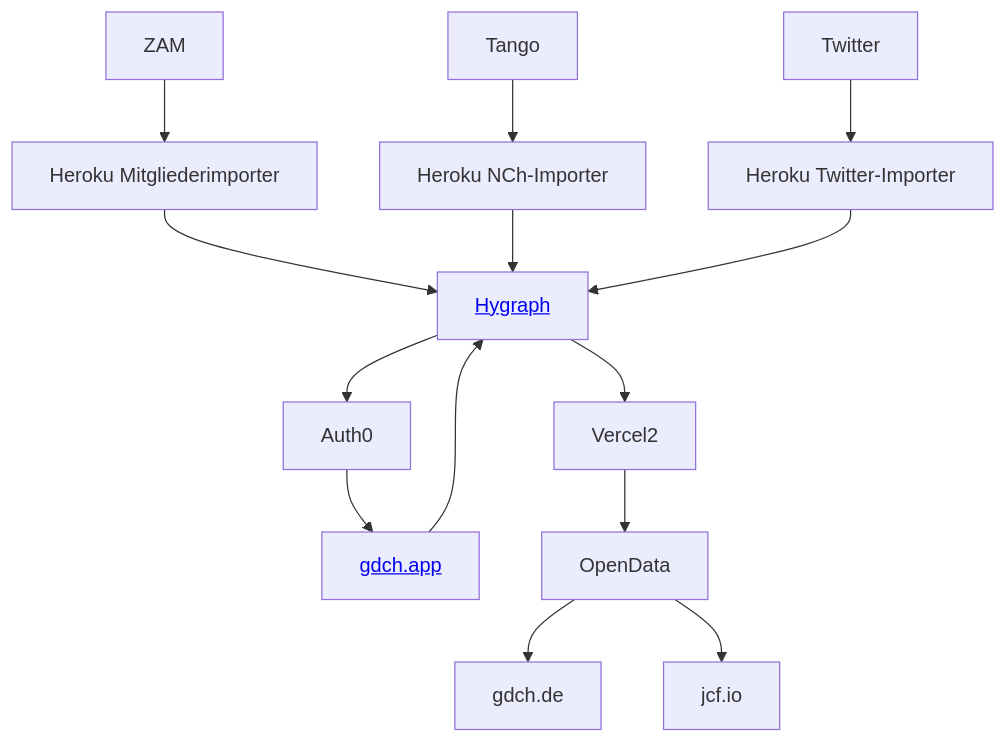
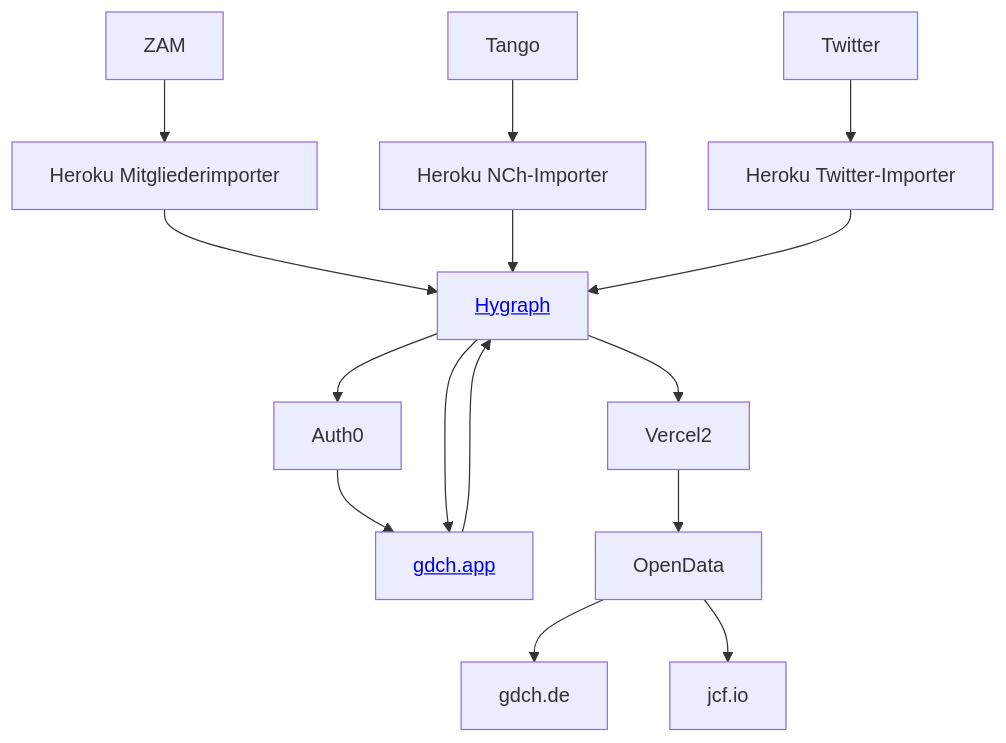
The diagram in infrastructure.md (GDCh-de/docs), drawn with Mermaid before and after one commit.

````diff
--- a/infrastructure.md
+++ b/infrastructure.md
@@ -3,9 +3,9 @@
 ```mermaid
 graph TD;
-  Hygraph[<a href='/GDCh-de/docs/blob/main/hygraph.md'>Hygraph</a>] --> Auth0 --> App[<a href='https://gdch.app'>gdch.app</a>] --> Hygraph;
+  Hygraph[<a href='/GDCh-de/docs/blob/main/hygraph.md'>Hygraph</a>] --> Auth0 --> App[<a href='https://gdch.app'>gdch.app</a>] --> Hygraph --> App;
   ZAM --> Heroku1[Heroku Mitgliederimporter] --> Hygraph;
   Tango --> Heroku2[Heroku NCh-Importer] --> Hygraph;
   Twitter --> Heroku3[Heroku Twitter-Importer] --> Hygraph;
   Hygraph --> Vercel2 --> OpenData --> gdch.de;
   OpenData --> jcf.io
 ```
````
